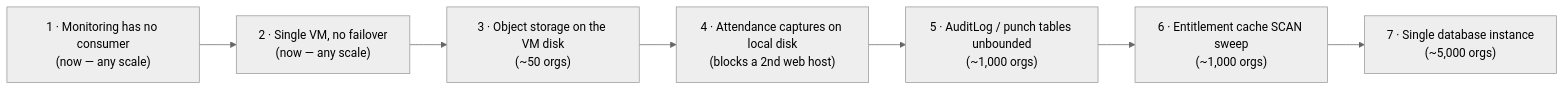
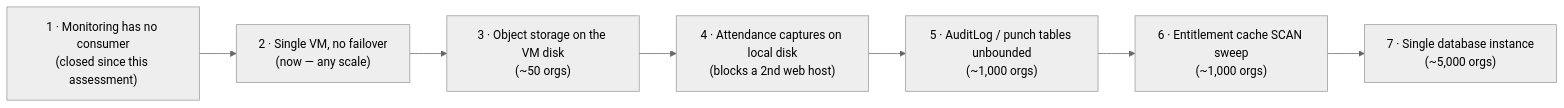
Diagram 17 of 17 in docs/ARCHITECTURE-NETWORK-ASSESSMENT-R2.md (GreenArrow-7/Master-Suit), drawn with Mermaid (neutral theme) before and after one commit. The commit also changed other lines of this file and 17 other files, not shown here.

````diff
--- a/docs/ARCHITECTURE-NETWORK-ASSESSMENT-R2.md
+++ b/docs/ARCHITECTURE-NETWORK-ASSESSMENT-R2.md
@@ -1682,10 +1702,10 @@
 ```mermaid
 flowchart LR
-  A["1 · Monitoring has no consumer<br/>(now — any scale)"] -->
+  A["1 · Monitoring has no consumer<br/>(closed since this assessment)"] -->
   B["2 · Single VM, no failover<br/>(now — any scale)"] -->
   C["3 · Object storage on the VM disk<br/>(~50 orgs)"] -->
   D["4 · Attendance captures on local disk<br/>(blocks a 2nd web host)"] -->
   E["5 · AuditLog / punch tables unbounded<br/>(~1,000 orgs)"] -->
   F["6 · Entitlement cache SCAN sweep<br/>(~1,000 orgs)"] -->
   G["7 · Single database instance<br/>(~5,000 orgs)"]
 ```
````
